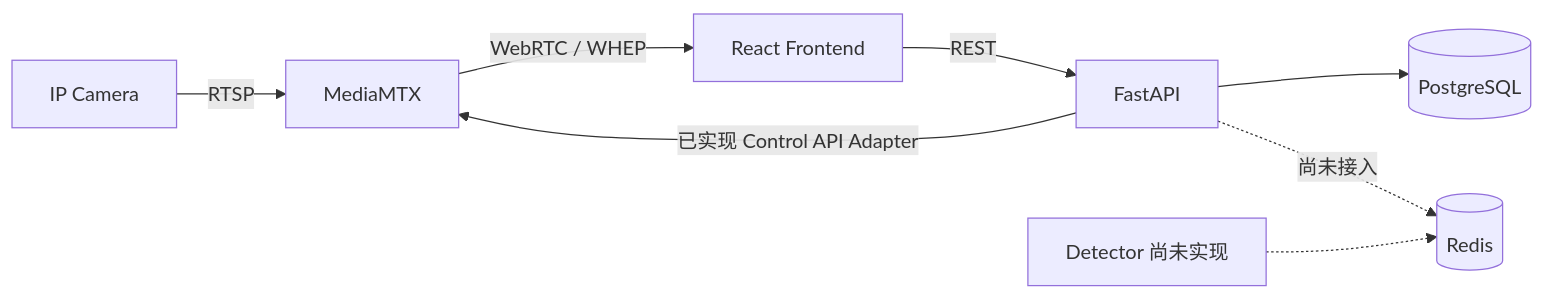
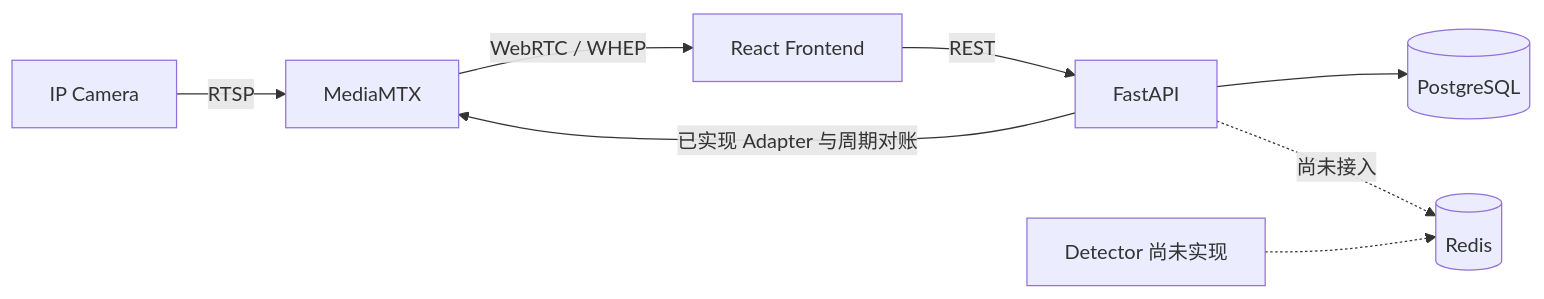
One commit to fuweihang/sop-vision changed the diagram in README.md. Above: the diagram before and after it, drawn with Mermaid. The commit also changed other lines of this file and 9 other files, not shown here.

````diff
--- a/README.md
+++ b/README.md
@@ -24,10 +25,10 @@
 ```mermaid
 flowchart LR
     CAM[IP Camera] -->|RTSP| MTX[MediaMTX]
     MTX -->|WebRTC / WHEP| FE[React Frontend]
     FE -->|REST| API[FastAPI]
     API --> PG[(PostgreSQL)]
-    API -->|已实现 Control API Adapter| MTX
+    API -->|已实现 Adapter 与周期对账| MTX
     API -. "尚未接入" .-> REDIS[(Redis)]
     DET[Detector 尚未实现] -.-> REDIS
 ```
````
